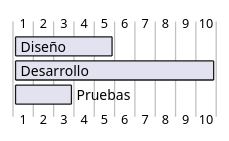
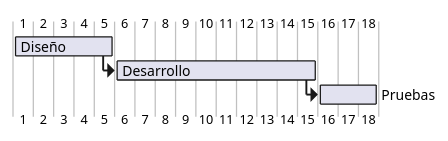
Before and after one commit to miguelancabezon/26-27-igps: the diagram in actividades/ApuntesClase/ejemplo.puml, drawn with PlantUML.

Commit message:
Ejemplo mas avanzado con fechas

```diff
--- a/actividades/ApuntesClase/ejemplo.puml
+++ b/actividades/ApuntesClase/ejemplo.puml
@@ -1,7 +1,10 @@
 @startgantt
 
 [Diseño] requires 5 days
 [Desarrollo] requires 10 days
 [Pruebas] requires 3 days
 
+[Desarrollo] starts at [Diseño]'s end
+[Pruebas] starts at [Desarrollo]'s end
+
 @endgantt
```
